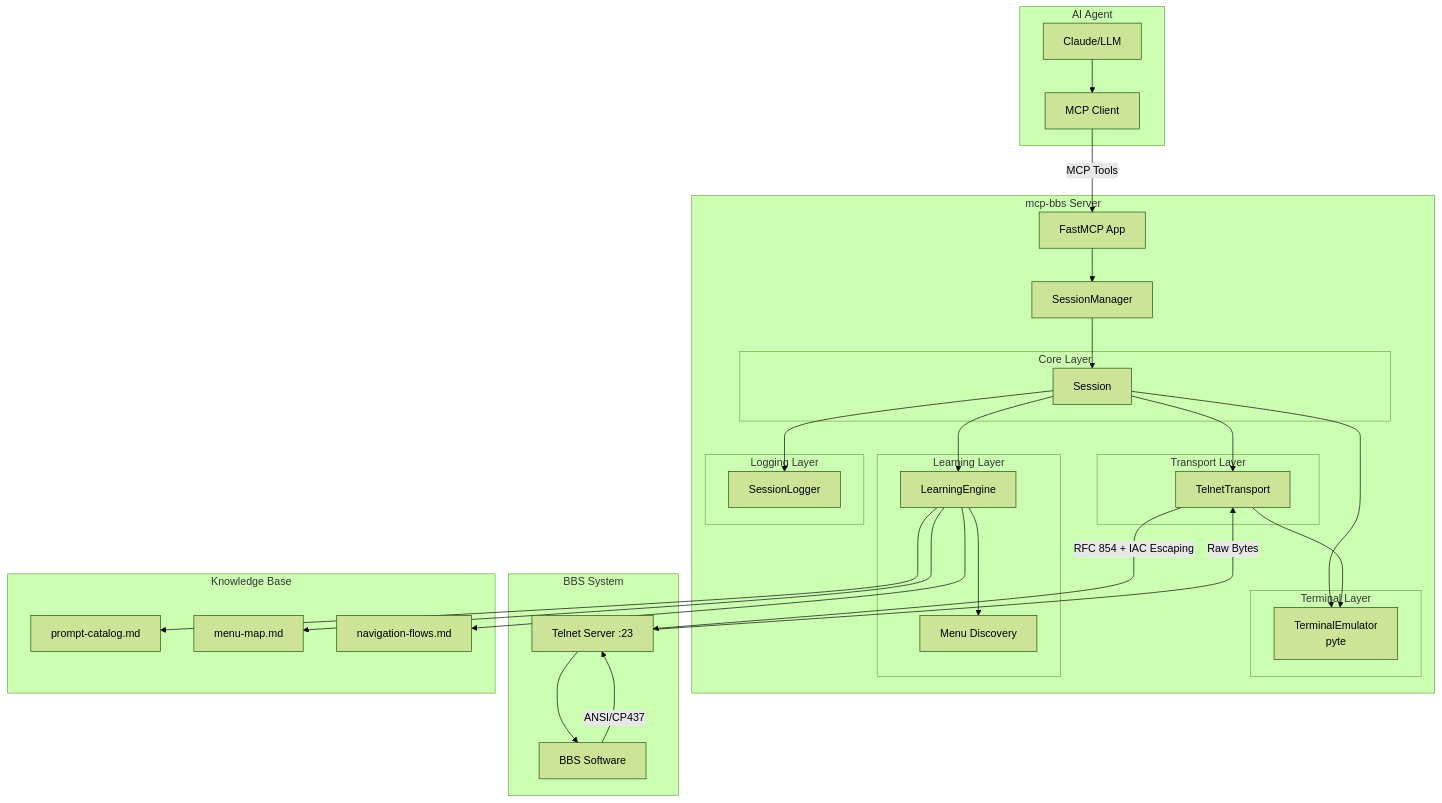
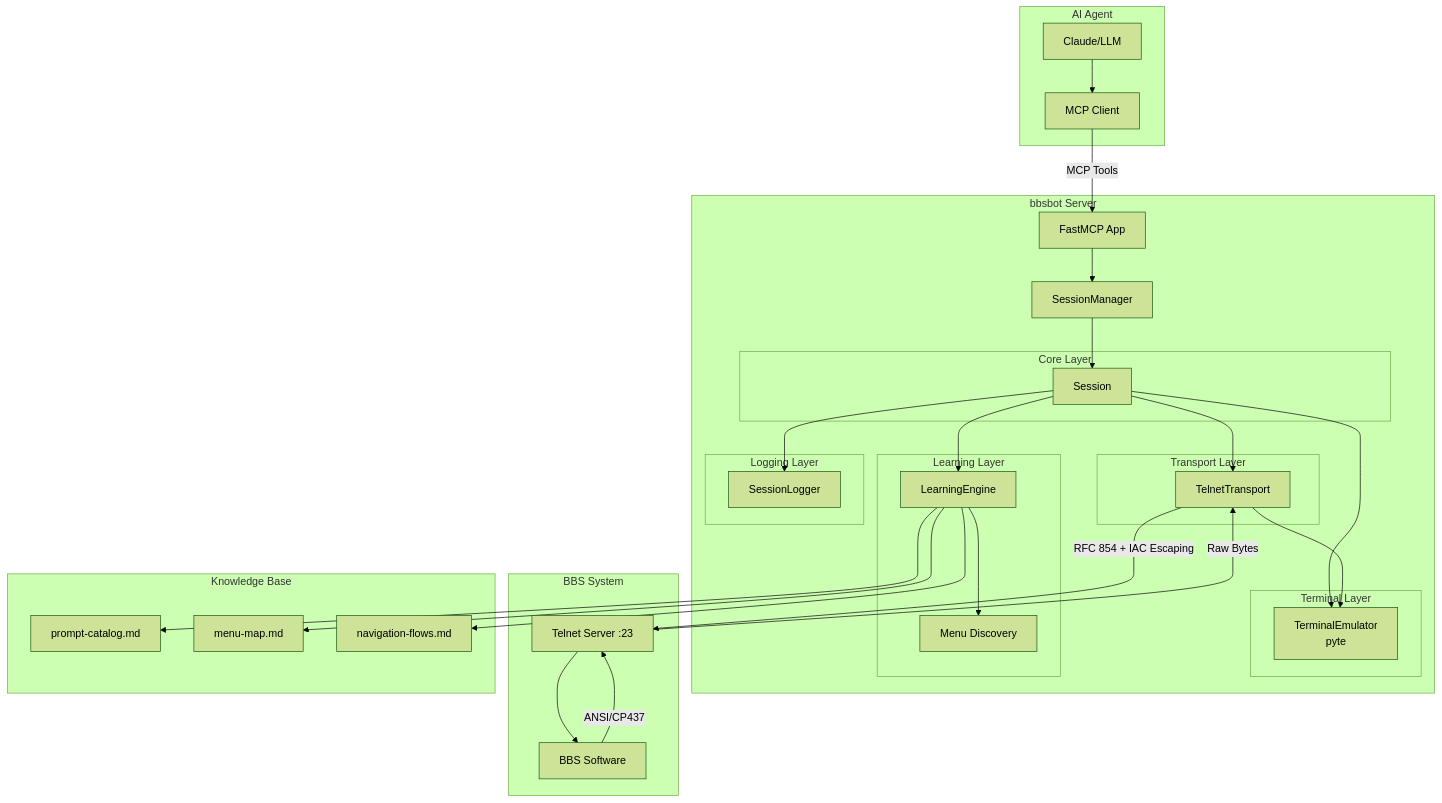
One commit to livingstaccato/mcp-bbs changed the first of 2 diagrams in README.md. Above: the diagram before and after it, drawn with Mermaid (forest theme). The commit also changed other lines of this file and 230 other files, not shown here.

````diff
--- a/README.md
+++ b/README.md
@@ -22,62 +22,62 @@
 ```mermaid
 graph TB
     subgraph "AI Agent"
         LLM[Claude/LLM]
         MCP[MCP Client]
     end
 
-    subgraph "mcp-bbs Server"
+    subgraph "bbsbot Server"
         App[FastMCP App]
         SM[SessionManager]
 
         subgraph "Core Layer"
             Session[Session]
         end
 
         subgraph "Transport Layer"
             Transport[TelnetTransport]
         end
 
         subgraph "Terminal Layer"
             Emulator[TerminalEmulator<br/>pyte]
         end
 
         subgraph "Learning Layer"
             Engine[LearningEngine]
             Discovery[Menu Discovery]
         end
 
         subgraph "Logging Layer"
             Logger[SessionLogger]
         end
     end
 
     subgraph "BBS System"
         Telnet[Telnet Server :23]
         BBS[BBS Software]
     end
 
     subgraph "Knowledge Base"
         Prompts[prompt-catalog.md]
         Menus[menu-map.md]
         Flows[navigation-flows.md]
     end
 
     LLM --> MCP
     MCP -->|MCP Tools| App
     App --> SM
     SM --> Session
     Session --> Transport
     Session --> Emulator
     Session --> Engine
     Session --> Logger
     Transport -->|RFC 854 + IAC Escaping| Telnet
     Telnet --> BBS
     BBS -->|ANSI/CP437| Telnet
     Telnet -->|Raw Bytes| Transport
     Transport --> Emulator
     Engine --> Discovery
     Engine --> Prompts
     Engine --> Menus
     Engine --> Flows
 ```
````
